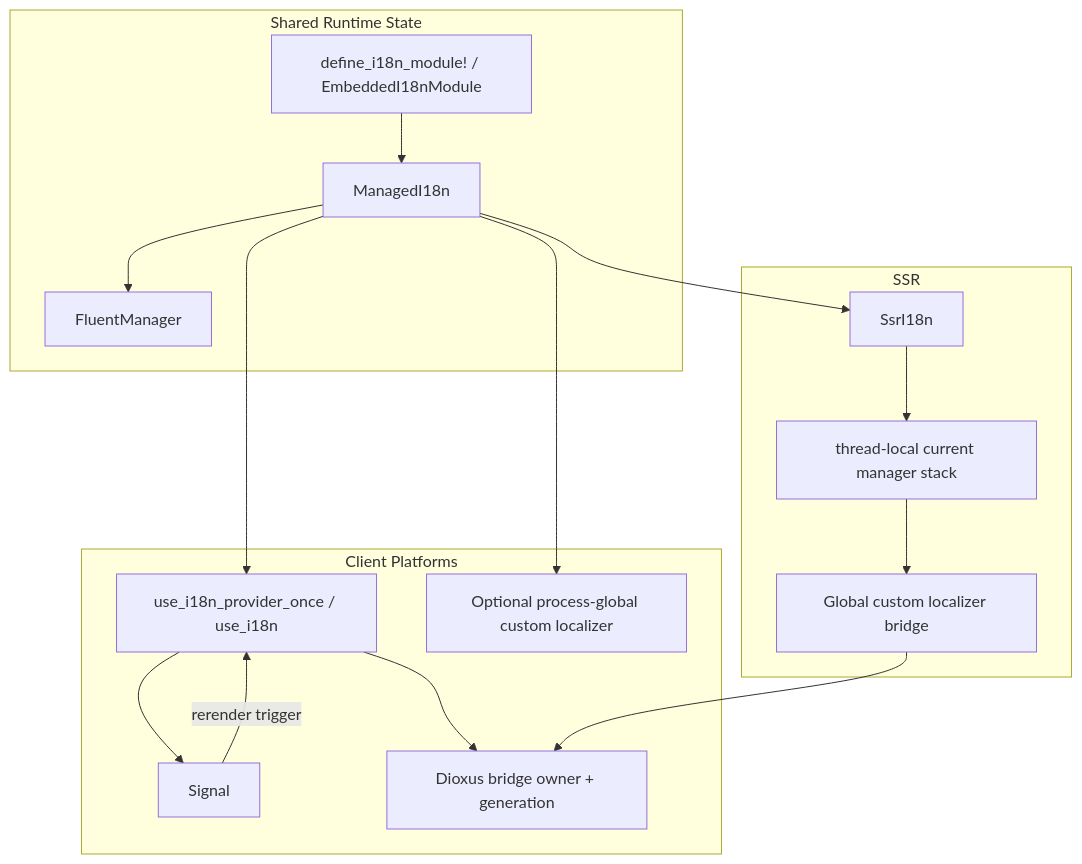
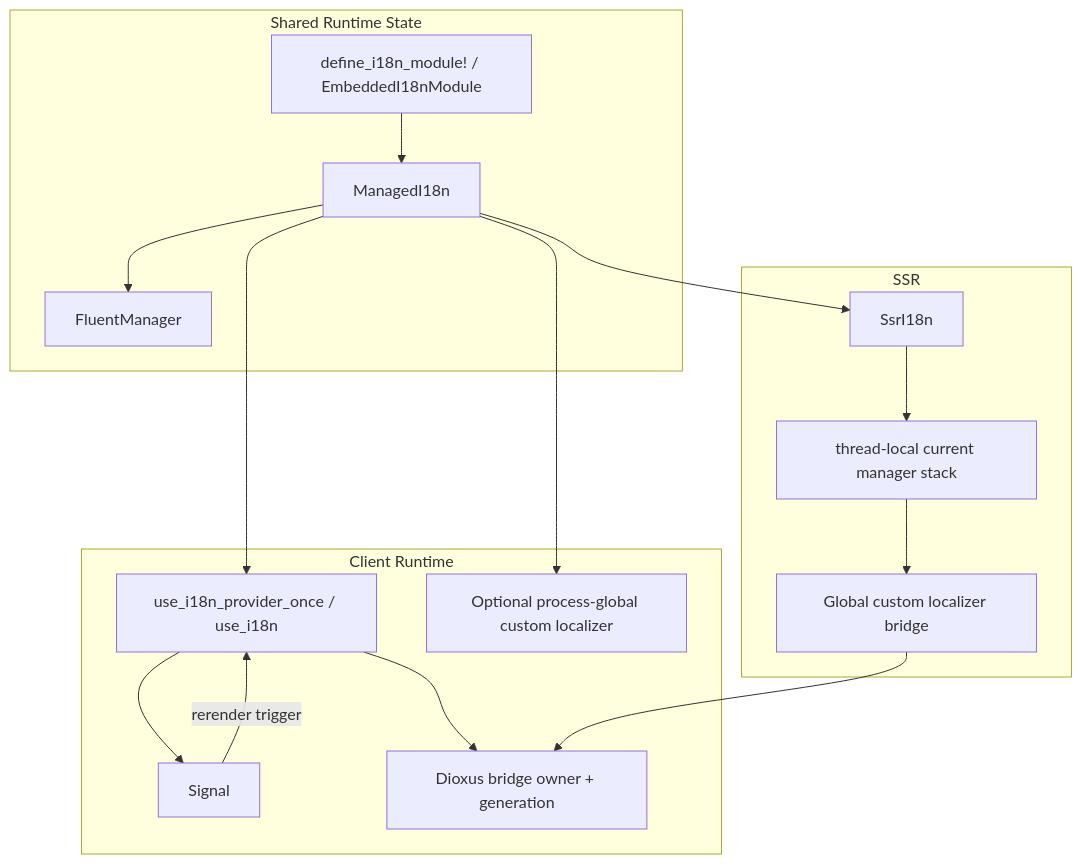
The diagram in crates/es-fluent-manager-dioxus/docs/ARCHITECTURE.md (stayhydated/es-fluent), drawn with Mermaid before and after one commit. The commit also changed other lines of this file and 19 other files, not shown here.

````diff
--- a/crates/es-fluent-manager-dioxus/docs/ARCHITECTURE.md
+++ b/crates/es-fluent-manager-dioxus/docs/ARCHITECTURE.md
@@ -27,35 +25,35 @@
 ```mermaid
 flowchart TD
     subgraph SHARED["Shared Runtime State"]
         MANAGED["ManagedI18n"]
         CORE["FluentManager"]
         EMBED["define_i18n_module! / EmbeddedI18nModule"]
     end
 
-    subgraph CLIENT["Client Platforms"]
+    subgraph CLIENT["Client Runtime"]
         HOOK["use_i18n_provider_once / use_i18n"]
         SIGNAL["Signal<LanguageIdentifier>"]
         GLOBAL["Optional process-global custom localizer"]
         OWNER["Dioxus bridge owner + generation"]
     end
 
     subgraph SSR["SSR"]
         SSRI18N["SsrI18n"]
         TLS["thread-local current manager stack"]
         SSRGLOBAL["Global custom localizer bridge"]
     end
 
     EMBED --> MANAGED
     MANAGED --> CORE
 
     MANAGED --> HOOK
     HOOK --> SIGNAL
     MANAGED --> GLOBAL
     SIGNAL -->|rerender trigger| HOOK
     HOOK --> OWNER
 
     MANAGED --> SSRI18N
     SSRI18N --> TLS
     TLS --> SSRGLOBAL
     SSRGLOBAL --> OWNER
 ```
````
